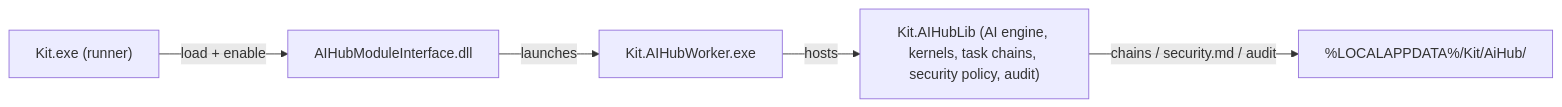
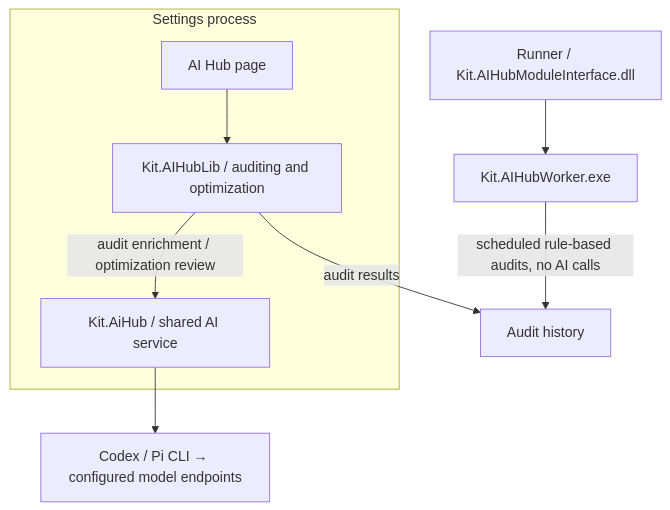
One commit to guijianchou/Kit changed the sixth of 7 diagrams in README.md. Above: the diagram before and after it, drawn with Mermaid. The commit also changed other lines of this file and 3 other files, not shown here.

````diff
--- a/README.md
+++ b/README.md
@@ -196,11 +166,11 @@
 ```mermaid
-flowchart LR
-    R["Kit.exe (runner)"]
-    MI["AIHubModuleInterface.dll"]
-    W["Kit.AIHubWorker.exe"]
-    LIB["Kit.AIHubLib (AI engine, kernels, task chains, security policy, audit)"]
-    R -->|"load + enable"| MI
-    MI -->|"launches"| W
-    W -->|"hosts"| LIB
-    LIB -->|"chains / security.md / audit"| D["%LOCALAPPDATA%/Kit/AiHub/"]
+flowchart TB
+    subgraph S["Settings process"]
+        PG["AI Hub page"] --> LIB["Kit.AIHubLib / auditing and optimization"]
+        LIB -->|"audit enrichment / optimization review"| AI["Kit.AiHub / shared AI service"]
+    end
+    AI --> CLI["Codex / Pi CLI → configured model endpoints"]
+    LIB -->|"audit results"| H["Audit history"]
+    MI["Runner / Kit.AIHubModuleInterface.dll"] --> W["Kit.AIHubWorker.exe"]
+    W -->|"scheduled rule-based audits, no AI calls"| H
 ```
````
